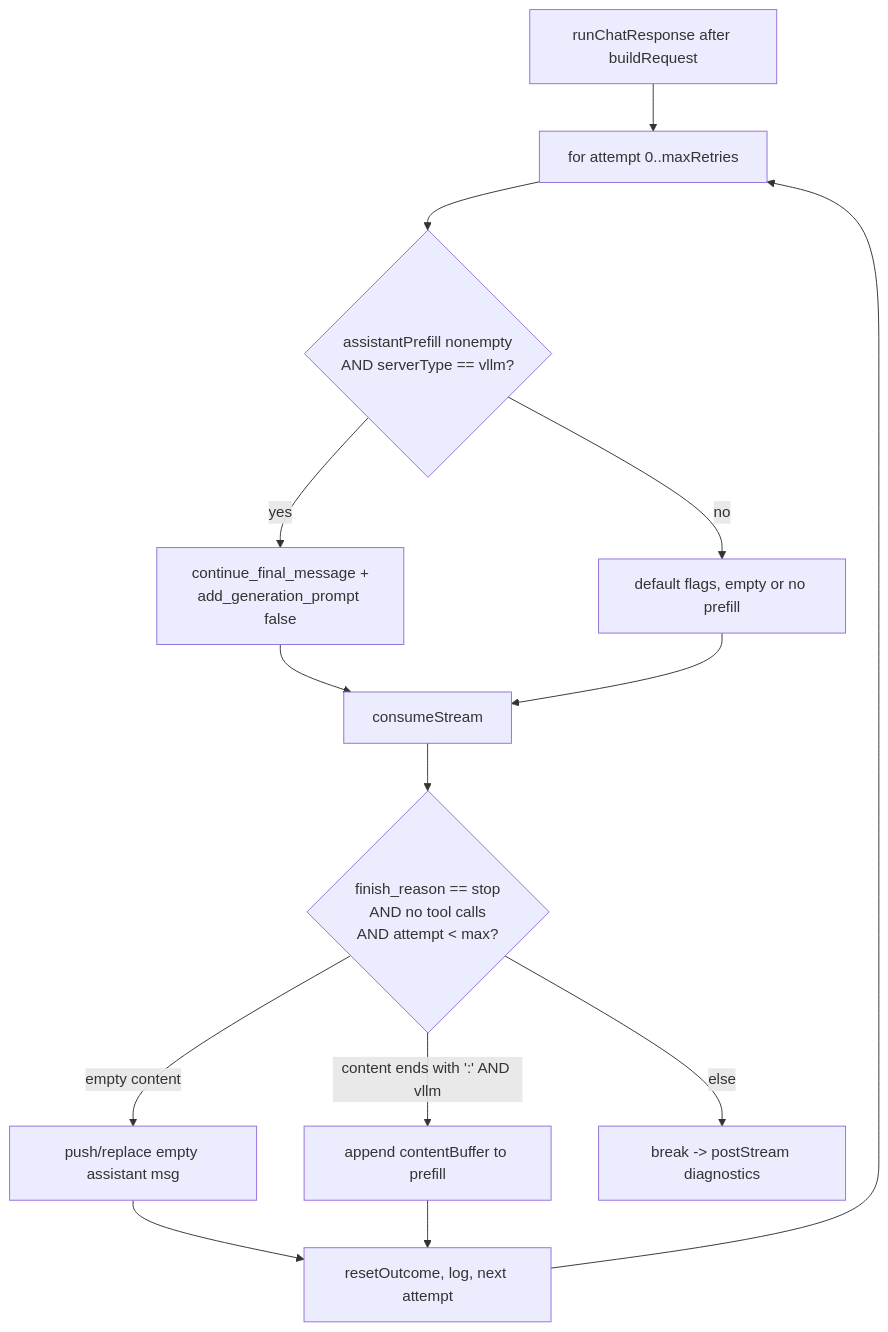
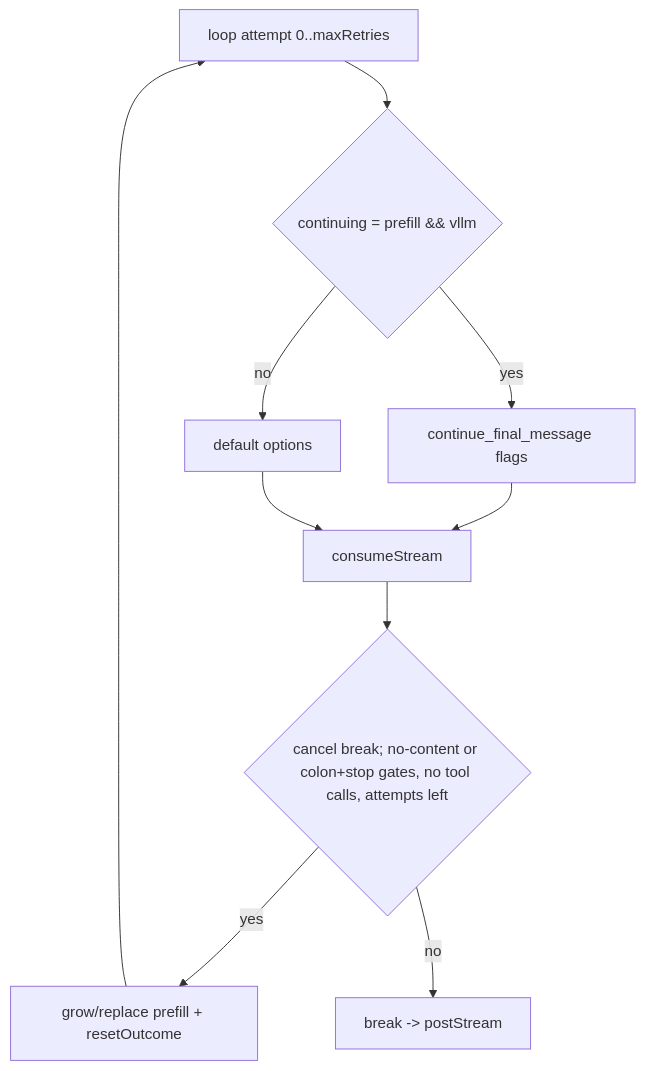
One commit to fuzzifikation/vLLM-Copilot changed the third of 18 diagrams in docs/complexity-audit.md. Above: the diagram before and after it, drawn with Mermaid. The commit also changed other lines of this file and 113 other files, not shown here.

````diff
--- a/docs/complexity-audit.md
+++ b/docs/complexity-audit.md
@@ -222,16 +165,9 @@
 ```mermaid
 flowchart TD
-    START[runChatResponse after buildRequest] --> LOOP[for attempt 0..maxRetries]
-    LOOP --> CONT{assistantPrefill nonempty<br/>AND serverType == vllm?}
-    CONT -->|yes| FLAGS[continue_final_message +<br/>add_generation_prompt false]
-    CONT -->|no| NUDGE[default flags, empty or no prefill]
-    FLAGS --> STREAM[consumeStream]
-    NUDGE --> STREAM
-    STREAM --> GATE{finish_reason == stop<br/>AND no tool calls<br/>AND attempt < max?}
-    GATE -->|empty content| PREFILL[push/replace empty assistant msg]
-    GATE -->|content ends with ':' AND vllm| CONTMSG[append contentBuffer to prefill]
-    GATE -->|else| EXIT[break -> postStream diagnostics]
-    PREFILL --> RESET[resetOutcome, log, next attempt]
-    CONTMSG --> RESET
-    RESET --> LOOP
+  A[loop attempt 0..maxRetries] --> K{continuing = prefill && vllm}
+  K -->|yes| CF[continue_final_message flags] --> ST[consumeStream]
+  K -->|no| DM[default options] --> ST
+  ST --> G{cancel break; no-content or colon+stop gates, no tool calls, attempts left}
+  G -->|yes| PF[grow/replace prefill + resetOutcome] --> A
+  G -->|no| X[break -> postStream]
 ```
````
